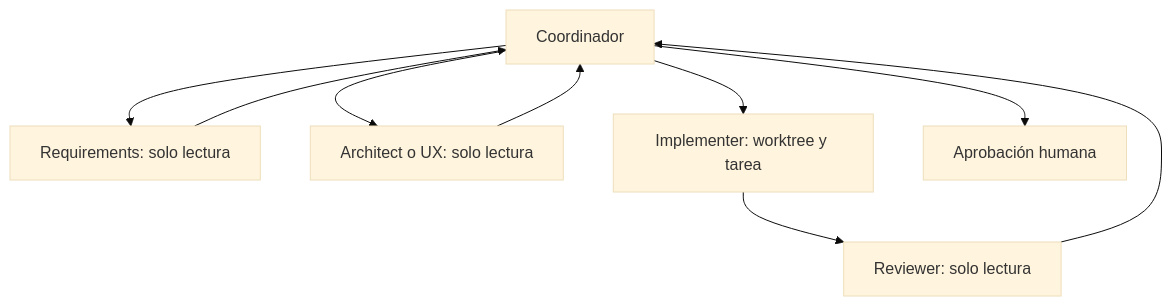
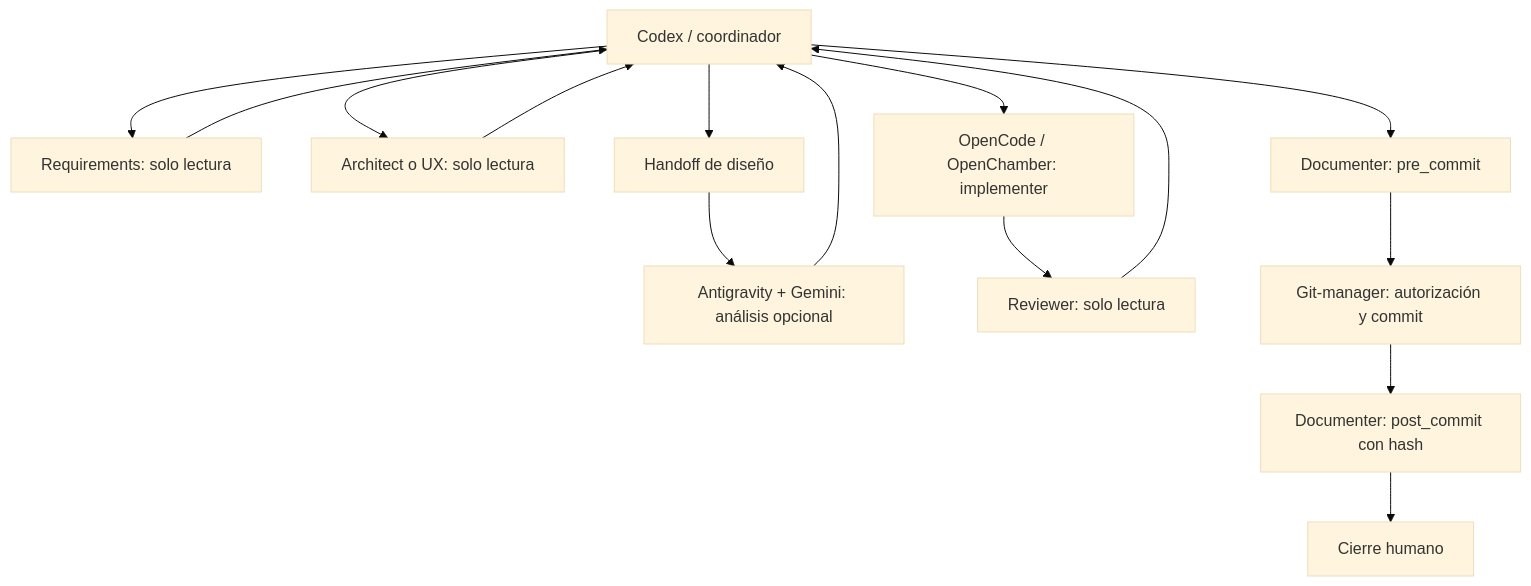
Before and after one commit to FranAC18/Doc-Proj-ZhudAleli: the diagram in docs/architecture/FLUJO-MULTIAGENTE.md, drawn with Mermaid (base theme). The commit also changed other lines of this file and 81 other files, not shown here.

Commit message:
docs(architecture): auditoria e integracion de arnes universal multiagente

````diff
--- a/docs/architecture/FLUJO-MULTIAGENTE.md
+++ b/docs/architecture/FLUJO-MULTIAGENTE.md
@@ -20,11 +20,17 @@
 ```mermaid
 flowchart TD
-    C["Coordinador"] --> R["Requirements: solo lectura"]
+    C["Codex / coordinador"] --> R["Requirements: solo lectura"]
     C --> A["Architect o UX: solo lectura"]
     R --> C
     A --> C
-    C --> I["Implementer: worktree y tarea"]
+    C --> G1["Handoff de diseño"]
+    G1 --> AG["Antigravity + Gemini: análisis opcional"]
+    AG --> C
+    C --> I["OpenCode / OpenChamber: implementer"]
     I --> V["Reviewer: solo lectura"]
     V --> C
-    C --> H["Aprobación humana"]
+    C --> D["Documenter: pre_commit"]
+    D --> G["Git-manager: autorización y commit"]
+    G --> P["Documenter: post_commit con hash"]
+    P --> H["Cierre humano"]
 ```
````
